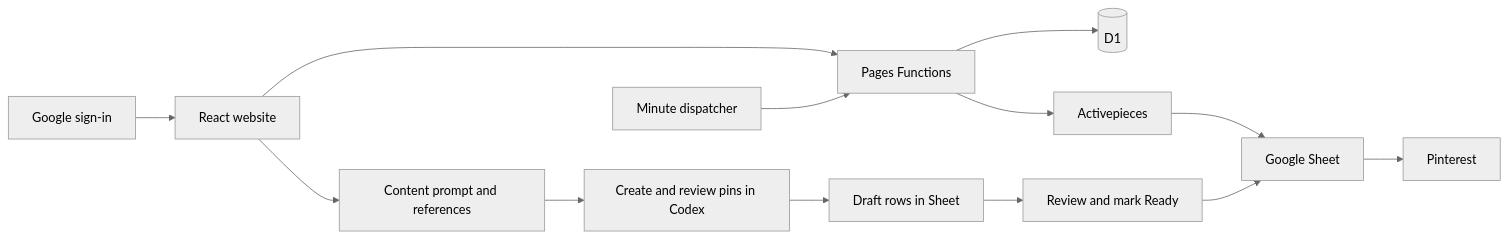
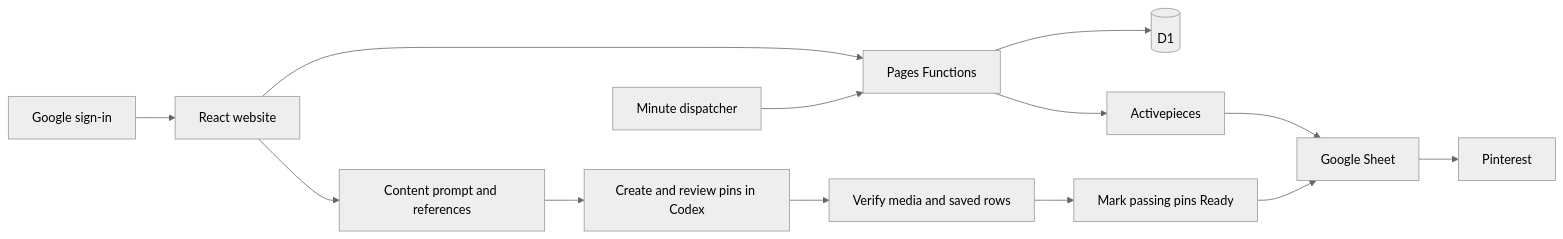
Before and after one commit to Houdaifa1/pinterest-automation-web: the diagram in README.md, drawn with Mermaid (neutral theme). The commit also changed other lines of this file and 13 other files, not shown here.

Commit message:
hdrahm<oct 21> : check access first and mark verified pins ready

````diff
--- a/README.md
+++ b/README.md
@@ -46,15 +46,15 @@
 ```mermaid
 flowchart LR
   User[Google sign-in] --> Web[React website]
   Web --> API[Pages Functions]
   API --> DB[(D1)]
   Clock[Minute dispatcher] --> API
   API --> AP[Activepieces]
   AP --> Sheet[Google Sheet]
   Sheet --> Pinterest[Pinterest]
   Web --> Prompt[Content prompt and references]
   Prompt --> Review[Create and review pins in Codex]
-  Review --> Draft[Draft rows in Sheet]
-  Draft --> Approve[Review and mark Ready]
-  Approve --> Sheet
+  Review --> Verify[Verify media and saved rows]
+  Verify --> Ready[Mark passing pins Ready]
+  Ready --> Sheet
 ```
````
